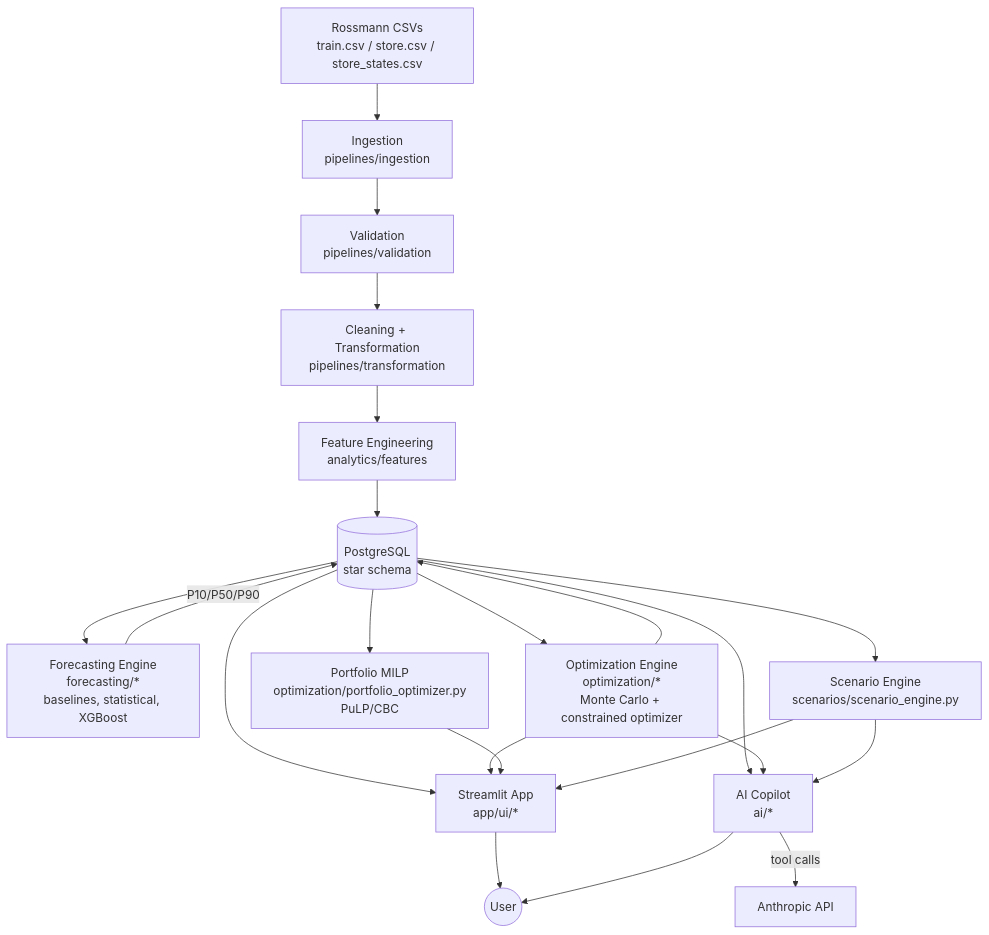
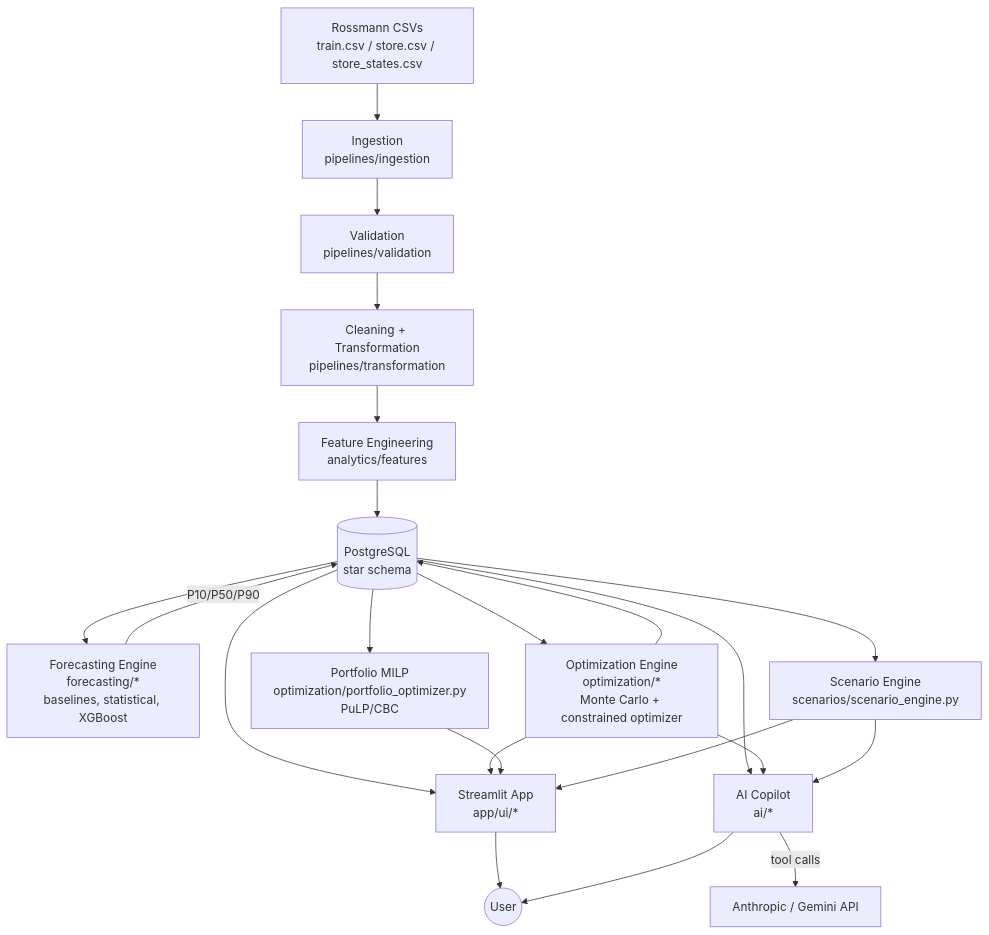
One commit to Lakshay1905/SupplySense changed the first of 2 diagrams in README.md. Above: the diagram before and after it, drawn with Mermaid. The commit also changed other lines of this file, not shown here.

````diff
--- a/README.md
+++ b/README.md
@@ -60,29 +54,29 @@
 ```mermaid
 flowchart TD
     A[Rossmann CSVs<br/>train.csv / store.csv / store_states.csv] --> B[Ingestion<br/>pipelines/ingestion]
     B --> C[Validation<br/>pipelines/validation]
     C --> D[Cleaning + Transformation<br/>pipelines/transformation]
     D --> E[Feature Engineering<br/>analytics/features]
     E --> F[(PostgreSQL<br/>star schema)]
 
     F --> G[Forecasting Engine<br/>forecasting/*<br/>baselines, statistical, XGBoost]
     G -->|P10/P50/P90| F
 
     F --> H[Optimization Engine<br/>optimization/*<br/>Monte Carlo + constrained optimizer]
     H --> F
 
     F --> I[Portfolio MILP<br/>optimization/portfolio_optimizer.py<br/>PuLP/CBC]
     F --> J[Scenario Engine<br/>scenarios/scenario_engine.py]
 
     F --> K[Streamlit App<br/>app/ui/*]
     H --> K
     I --> K
     J --> K
 
     F --> L[AI Copilot<br/>ai/*]
     H --> L
     J --> L
-    L -->|tool calls| M[Anthropic API]
+    L -->|tool calls| M[Anthropic / Gemini API]
     K --> N((User))
     L --> N
 ```
````
